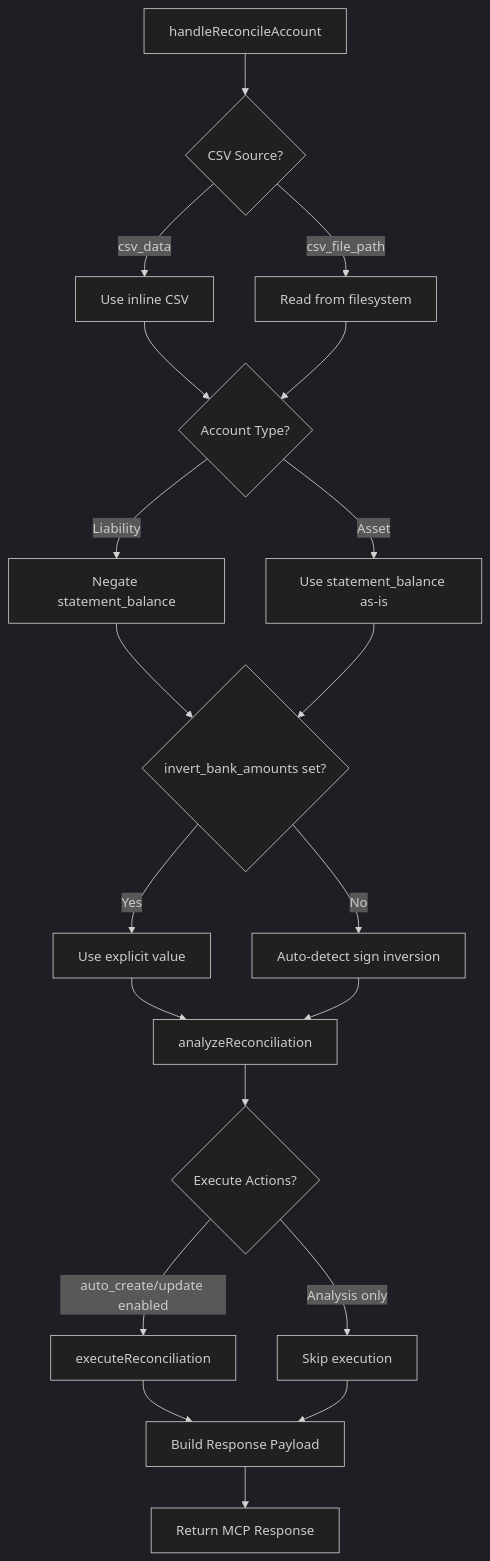
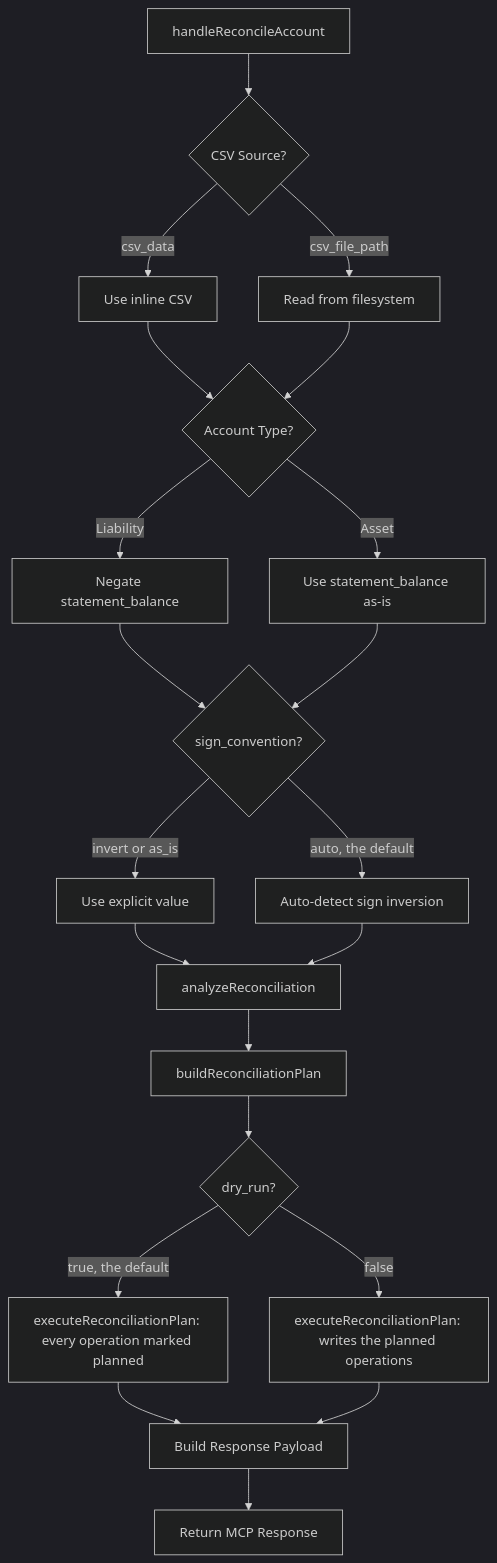
One commit to dizzlkheinz/ynab-mcpb changed the third of 16 diagrams in docs/technical/reconciliation-system-architecture.md. Above: the diagram before and after it, drawn with Mermaid (dark theme). The commit also changed other lines of this file and 108 other files, not shown here.

````diff
--- a/docs/technical/reconciliation-system-architecture.md
+++ b/docs/technical/reconciliation-system-architecture.md
@@ -145,30 +141,31 @@
 ```mermaid
 graph TD
     A[handleReconcileAccount] --> B{CSV Source?}
     B -->|csv_data| C[Use inline CSV]
     B -->|csv_file_path| D[Read from filesystem]
 
     C --> E{Account Type?}
     D --> E
 
     E -->|Liability| F[Negate statement_balance]
     E -->|Asset| G[Use statement_balance as-is]
 
-    F --> H{invert_bank_amounts set?}
+    F --> H{sign_convention?}
     G --> H
 
-    H -->|Yes| I[Use explicit value]
-    H -->|No| J[Auto-detect sign inversion]
+    H -->|invert or as_is| I[Use explicit value]
+    H -->|auto, the default| J[Auto-detect sign inversion]
 
     I --> K[analyzeReconciliation]
     J --> K
 
-    K --> L{Execute Actions?}
-    L -->|auto_create/update enabled| M[executeReconciliation]
-    L -->|Analysis only| N[Skip execution]
+    K --> L[buildReconciliationPlan]
+    L --> M{dry_run?}
+    M -->|true, the default| N[executeReconciliationPlan: every operation marked planned]
+    M -->|false| O[executeReconciliationPlan: writes the planned operations]
 
-    M --> O[Build Response Payload]
-    N --> O
+    N --> P[Build Response Payload]
+    O --> P
 
-    O --> P[Return MCP Response]
+    P --> Q[Return MCP Response]
 ```
````
